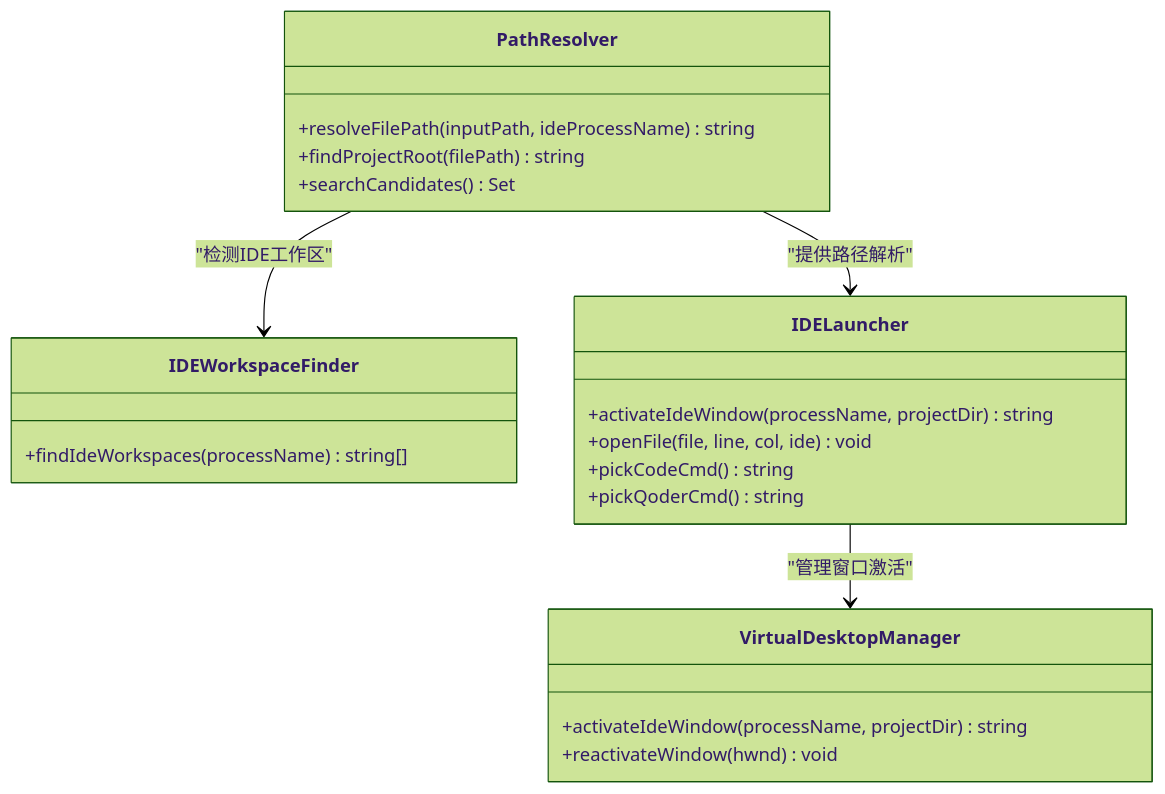
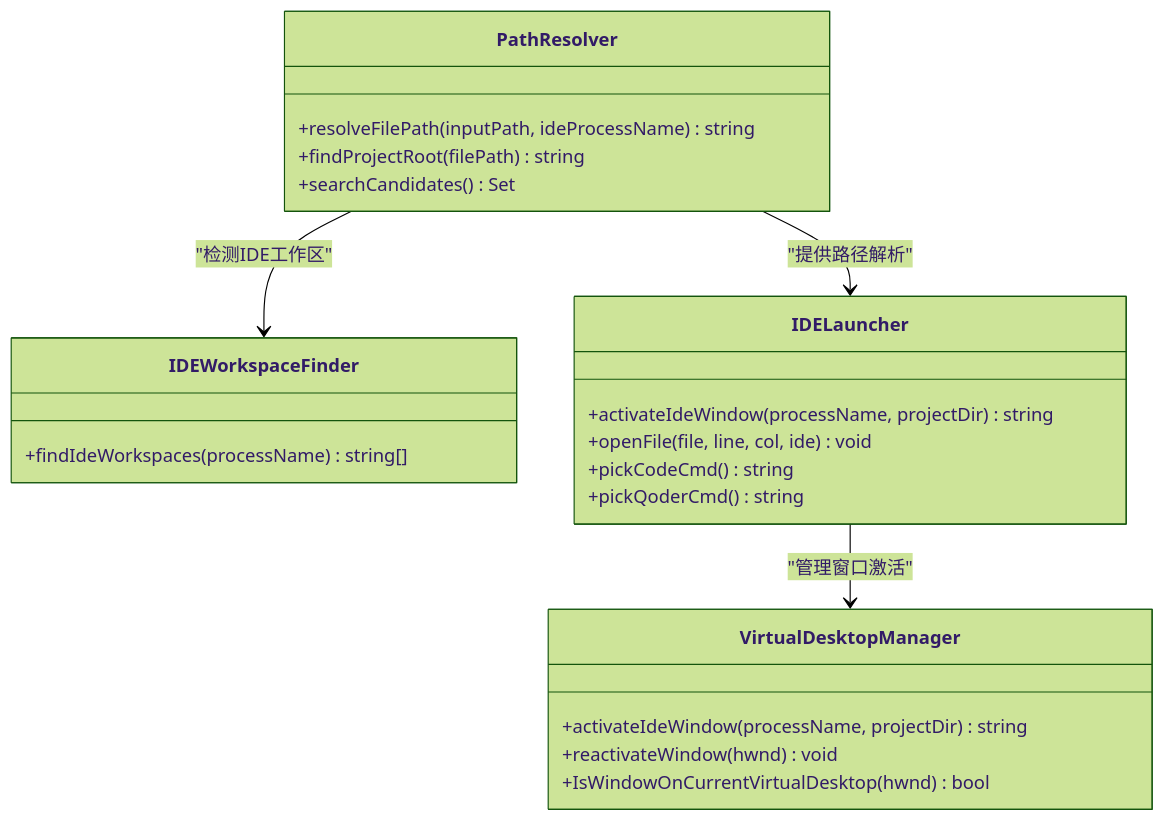
Before and after one commit to wangys-123doit/hotkey: the sixth of 16 diagrams in .qoder/repowiki/zh/content/外部工具集成/DevTools VS Code 开发者工具集成系统.md, drawn with Mermaid (forest theme). The commit also changed other lines of this file and 12 other files, not shown here.

````diff
--- a/.qoder/repowiki/zh/content/外部工具集成/DevTools VS Code 开发者工具集成系统.md
+++ b/.qoder/repowiki/zh/content/外部工具集成/DevTools VS Code 开发者工具集成系统.md
@@ -261,24 +279,25 @@
 ```mermaid
 classDiagram
 class PathResolver {
 +resolveFilePath(inputPath, ideProcessName) string
 +findProjectRoot(filePath) string
 +searchCandidates() Set
 }
 class IDEWorkspaceFinder {
 +findIdeWorkspaces(processName) string[]
 }
 class IDELauncher {
 +activateIdeWindow(processName, projectDir) string
 +openFile(file, line, col, ide) void
 +pickCodeCmd() string
 +pickQoderCmd() string
 }
 class VirtualDesktopManager {
 +activateIdeWindow(processName, projectDir) string
 +reactivateWindow(hwnd) void
++IsWindowOnCurrentVirtualDesktop(hwnd) bool
 }
 PathResolver --> IDEWorkspaceFinder : "检测IDE工作区"
 PathResolver --> IDELauncher : "提供路径解析"
 IDELauncher --> VirtualDesktopManager : "管理窗口激活"
 ```
````
